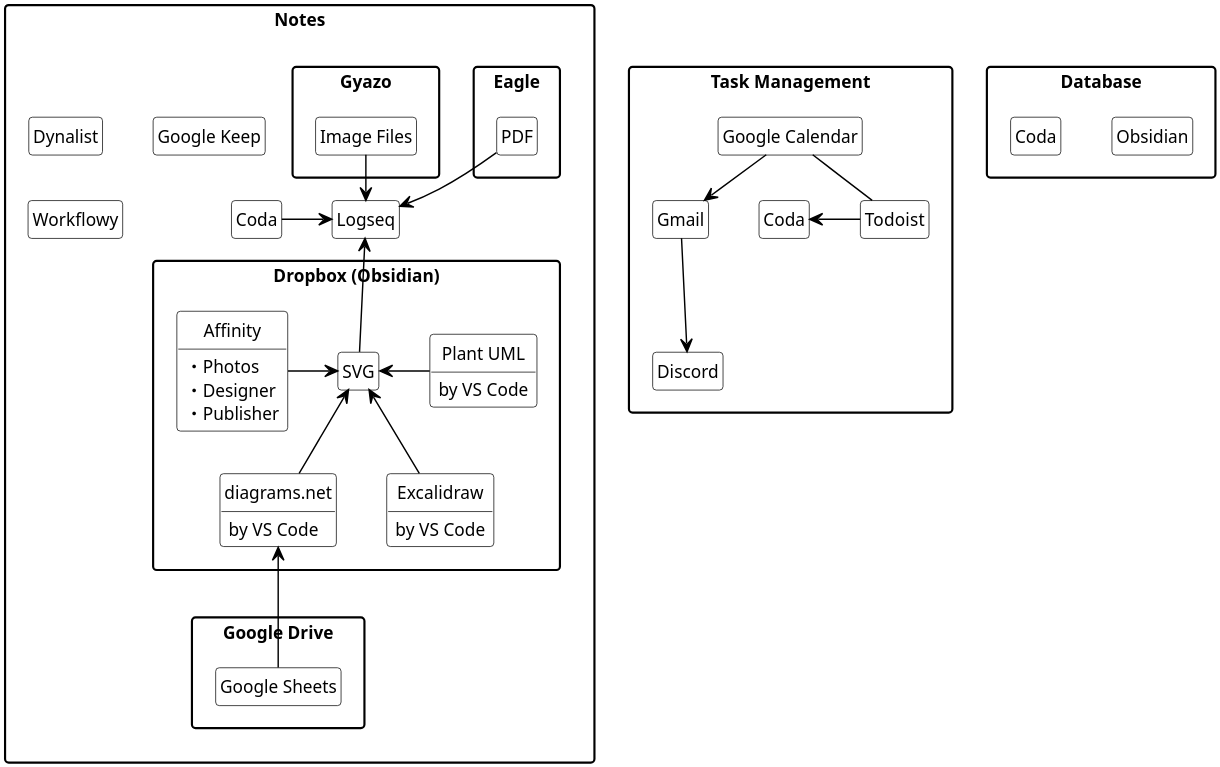
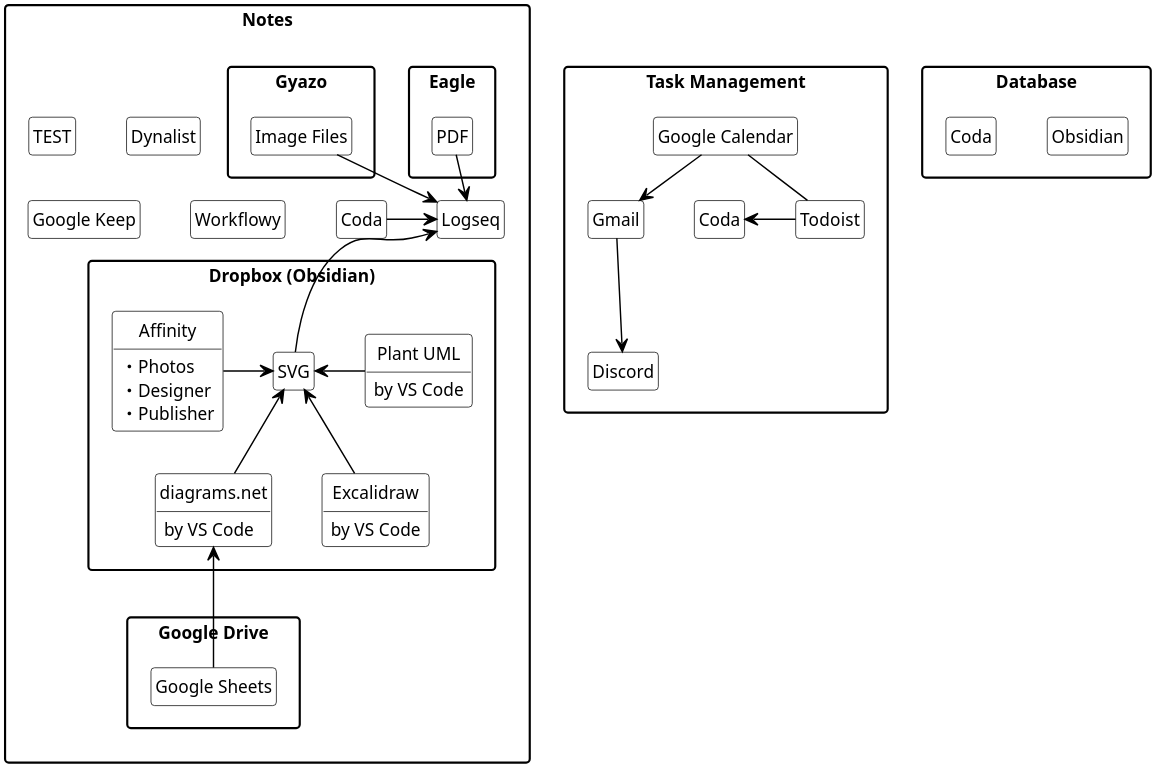
One commit to h-row-ita/embedded-assets changed the diagram in Productivity Tools/default.pu. Above: the diagram before and after it, drawn with PlantUML. The commit also changed 1 other file, not shown here.

```diff
--- a/Productivity Tools/default.pu
+++ b/Productivity Tools/default.pu
@@ -1,98 +1,98 @@
 @startuml
 
 hide circle
 hide empty fields
 hide empty methods
 
 skinparam class {
     backGroundColor white
     borderColor black
     arrowColor black
 }
 
 skinparam package {
     style rectangle
 }
 
 skinparam {
     shadowing false
     ranksep 30
     dpi 300
     arrowThickness 1
     defaultFontSize 12
     arrowFontSize 8
 }
 
-
 package "Notes" {
+    class "TEST" as test
     class "Logseq" as logseq
     package "Dropbox (Obsidian)" as dropbox{
         class "SVG" as svg
         class "diagrams.net" as diagramsnet {
             by VS Code
         }
         class "Excalidraw" as excalidraw {
             by VS Code
         }
         class "Plant UML" as plantuml {
             by VS Code
         }
         class "Affinity" as affinity {
             ・Photos
             ・Designer
             ・Publisher
         }
     }
     package "Google Drive" as googledrive {
         class "Google Sheets" as googlesheets
     }
     package "Eagle" as eagle {
         class "PDF" as pdf
     }
     package "Gyazo" as gyazo {
         class "Image Files" as imagefiles
     }
     class "Coda" as coda
     class "Dynalist" as dynalist 
     class "Google Keep" as googlekeep
     class "Workflowy" as workflowy
 }
 
 package "Database" {
     class "Obsidian" as obsidian
     class "Coda" as coda2
 }
 
 package "Task Management" {
     class "Coda" as coda3
     class "Todoist" as todoist
     class "Google Calendar" as googlecalendar
     class "Gmail" as gmail
     class "Discord" as discord
 }
 
 'Notes
 logseq <-- svg
 plantuml -u> svg
 excalidraw -u-> svg
 diagramsnet -u-> svg
 affinity -> svg
 googlesheets -u--> diagramsnet
 logseq <-u- pdf
 imagefiles --> logseq
 coda -> logseq
 
 'Database
 
 'Task Management
 googlecalendar -- todoist
 gmail <-u- googlecalendar
 gmail --> discord
 todoist -u> coda3
 
 
 
 
 
 
 @enduml
```
